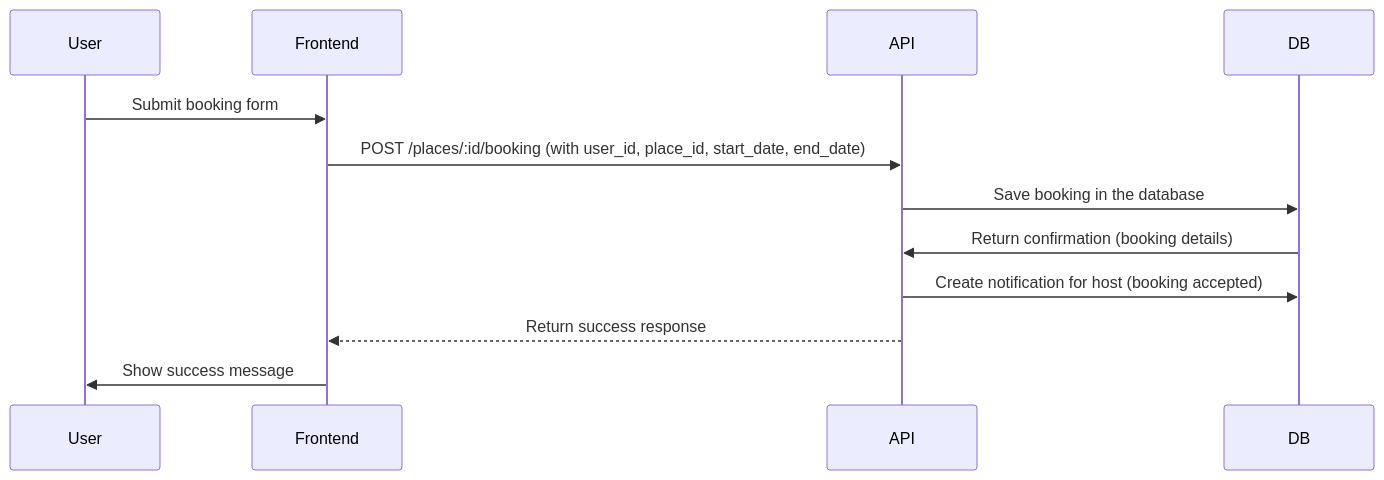
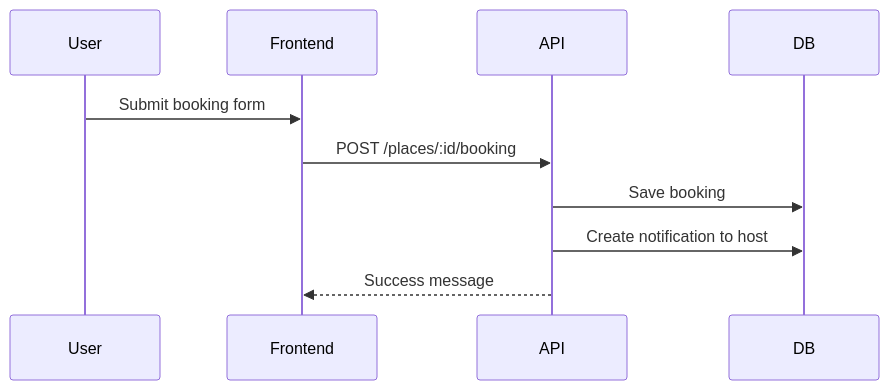
Before and after one commit to jerome244/holbertonschool-hbnb: the fourth of 4 diagrams in part4/README.md, drawn with Mermaid. The commit also changed other lines of this file and 12 other files, not shown here.

````diff
--- a/part4/README.md
+++ b/part4/README.md
@@ -245,16 +206,13 @@
 ```mermaid
 sequenceDiagram
     participant User
     participant Frontend
     participant API
     participant DB
 
     User->>Frontend: Submit booking form
-    Frontend->>API: POST /places/:id/booking (with user_id, place_id, start_date, end_date)
-    API->>DB: Save booking in the database
-    DB->>API: Return confirmation (booking details)
-    API->>DB: Create notification for host (booking accepted)
-    API-->>Frontend: Return success response
-    Frontend->>User: Show success message
-
+    Frontend->>API: POST /places/:id/booking
+    API->>DB: Save booking
+    API->>DB: Create notification to host
+    API-->>Frontend: Success message
 ```
````
